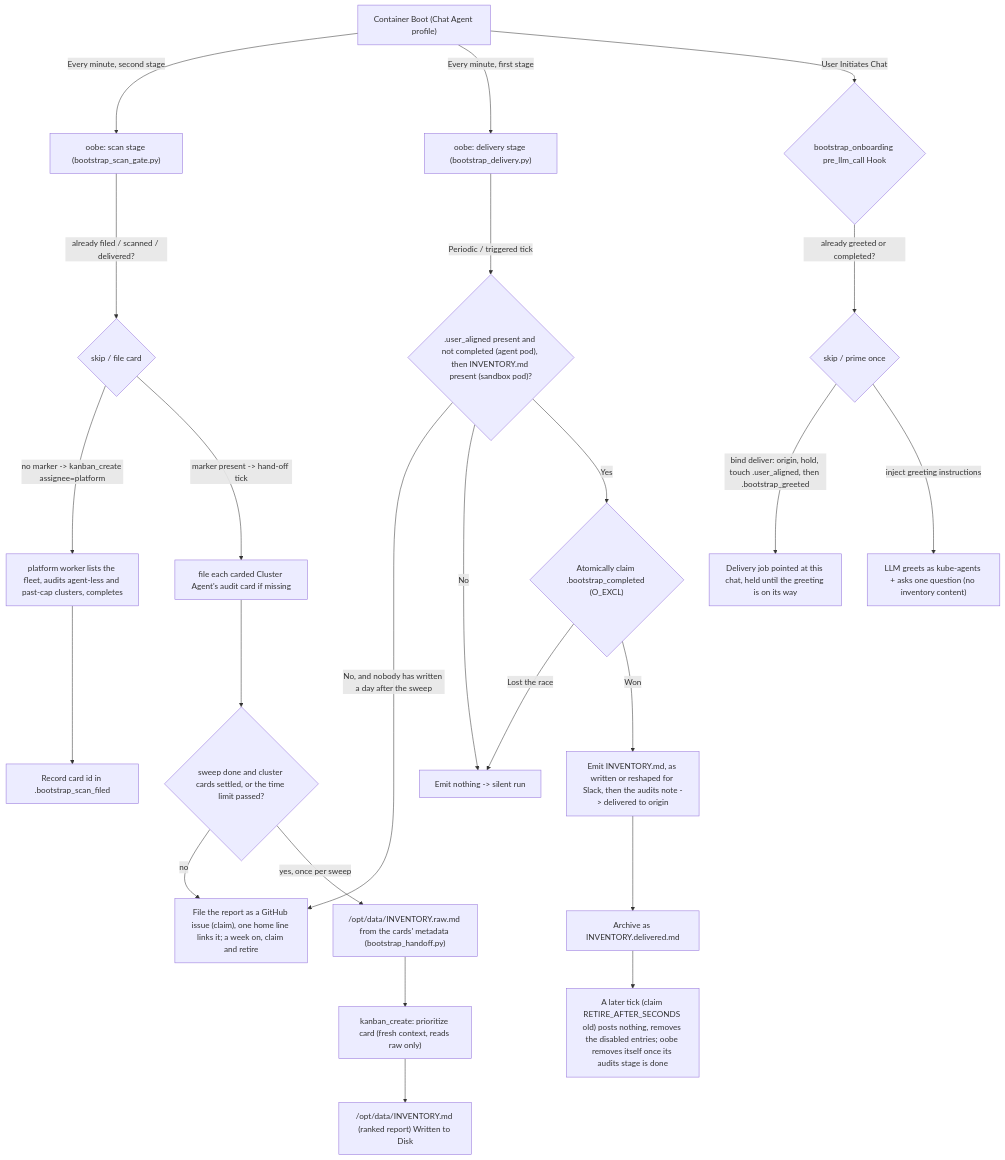
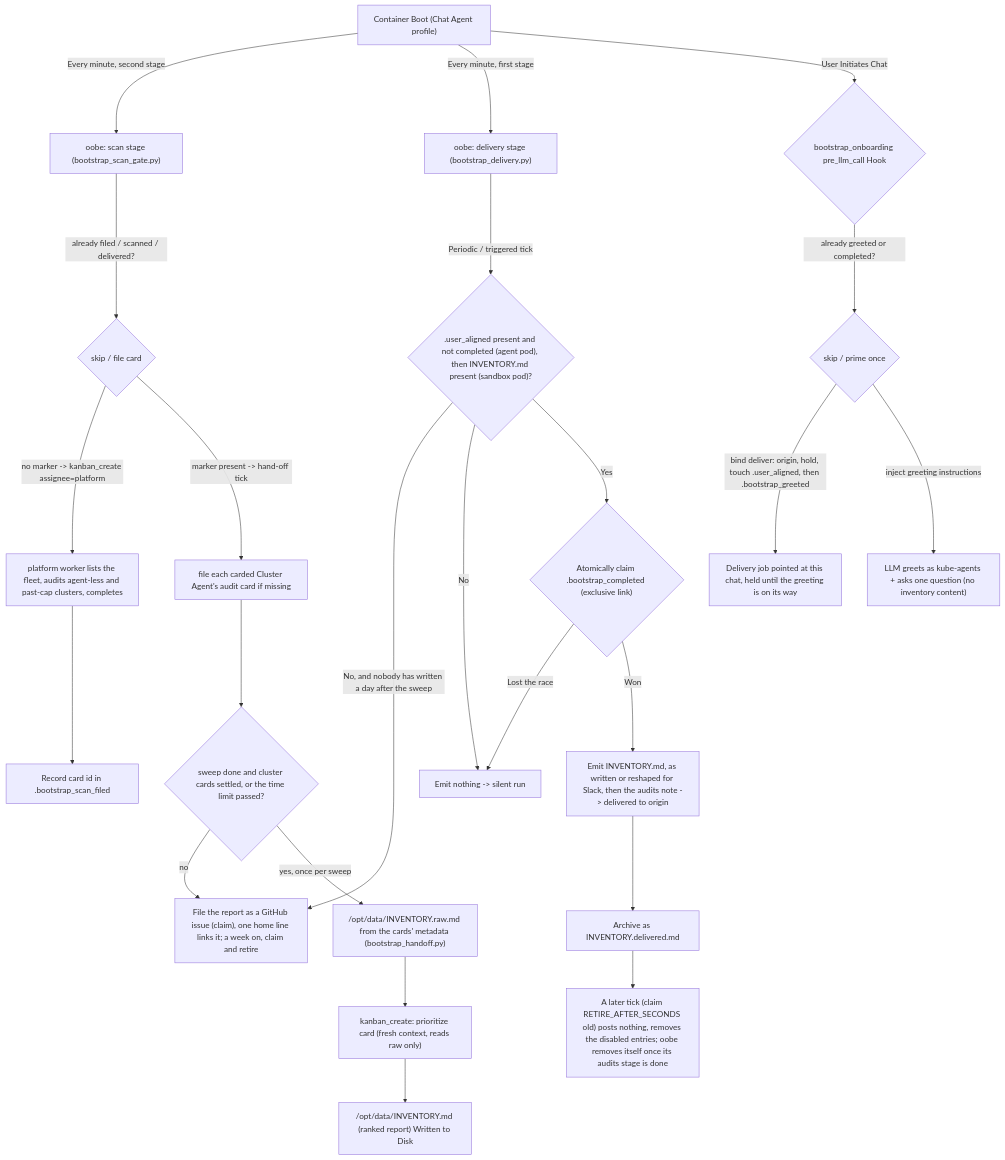
Before and after one commit to gke-labs/kube-agents: the first of 3 diagrams in agents/chat/defaults/plugins/bootstrap_onboarding/README.md, drawn with Mermaid. The commit also changed other lines of this file and 2 other files, not shown here.

Commit message:
docs(onboarding): the claim file carries the claiming path; the claiming marker leaves the marker table and the re-arm list

````diff
--- a/agents/chat/defaults/plugins/bootstrap_onboarding/README.md
+++ b/agents/chat/defaults/plugins/bootstrap_onboarding/README.md
@@ -61,29 +61,29 @@
 ```mermaid
 graph TD
     A["Container Boot (Chat Agent profile)"] -->|Every minute, second stage| B["oobe: scan stage (bootstrap_scan_gate.py)"]
     A -->|Every minute, first stage| C["oobe: delivery stage (bootstrap_delivery.py)"]
     A -->|User Initiates Chat| D{"bootstrap_onboarding pre_llm_call Hook"}
 
     B -->|already filed / scanned / delivered?| B2{"skip / file card"}
     B2 -->|no marker -> kanban_create assignee=platform| P["platform worker lists the fleet, audits agent-less and past-cap clusters, completes"]
     P --> PM["Record card id in .bootstrap_scan_filed"]
     B2 -->|marker present -> hand-off tick| HF["file each carded Cluster Agent's audit card if missing"]
     HF --> HO{"sweep done and cluster cards settled, or the time limit passed?"}
     HO -->|no| F["Silent (wait for the next tick)"]
     HO -->|yes, once per sweep| R["/opt/data/INVENTORY.raw.md from the cards' metadata (bootstrap_handoff.py)"]
     R --> Q["kanban_create: prioritize card (fresh context, reads raw only)"]
     Q --> E["/opt/data/INVENTORY.md (ranked report) Written to Disk"]
 
     D -->|already greeted or completed?| DG{"skip / prime once"}
     DG -->|bind deliver: origin, hold, touch .user_aligned, then .bootstrap_greeted| G["Delivery job pointed at this chat, held until the greeting is on its way"]
     DG -->|inject greeting instructions| H["LLM greets as kube-agents + asks one question (no inventory content)"]
 
     C -->|Periodic / triggered tick| I{".user_aligned present and not completed (agent pod), then INVENTORY.md present (sandbox pod)?"}
     I -->|No, and nobody has written a day after the sweep| F["File the report as a GitHub issue (claim), one home line links it; a week on, claim and retire"]
     I -->|No| J["Emit nothing -> silent run"]
-    I -->|Yes| CL{"Atomically claim .bootstrap_completed (O_EXCL)"}
+    I -->|Yes| CL{"Atomically claim .bootstrap_completed (exclusive link)"}
     CL -->|Lost the race| J
     CL -->|Won| K["Emit INVENTORY.md, as written or reshaped for Slack, then the audits note -> delivered to origin"]
     K --> L["Archive as INVENTORY.delivered.md"]
     L --> RT["A later tick (claim RETIRE_AFTER_SECONDS old) posts nothing, removes the disabled entries; oobe removes itself once its audits stage is done"]
 ```
````
